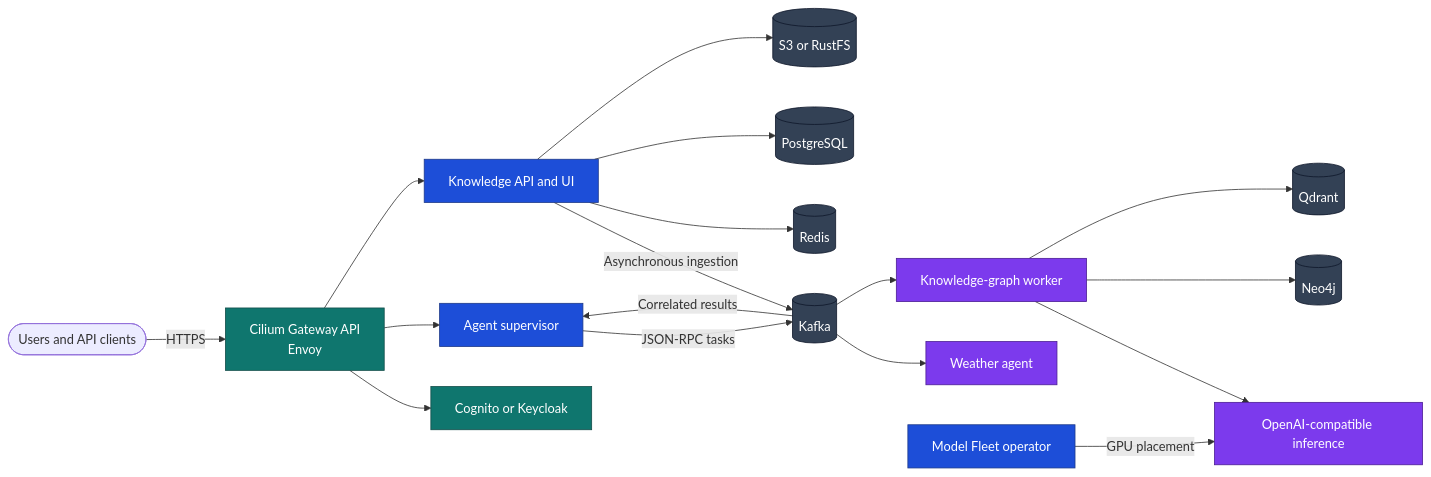
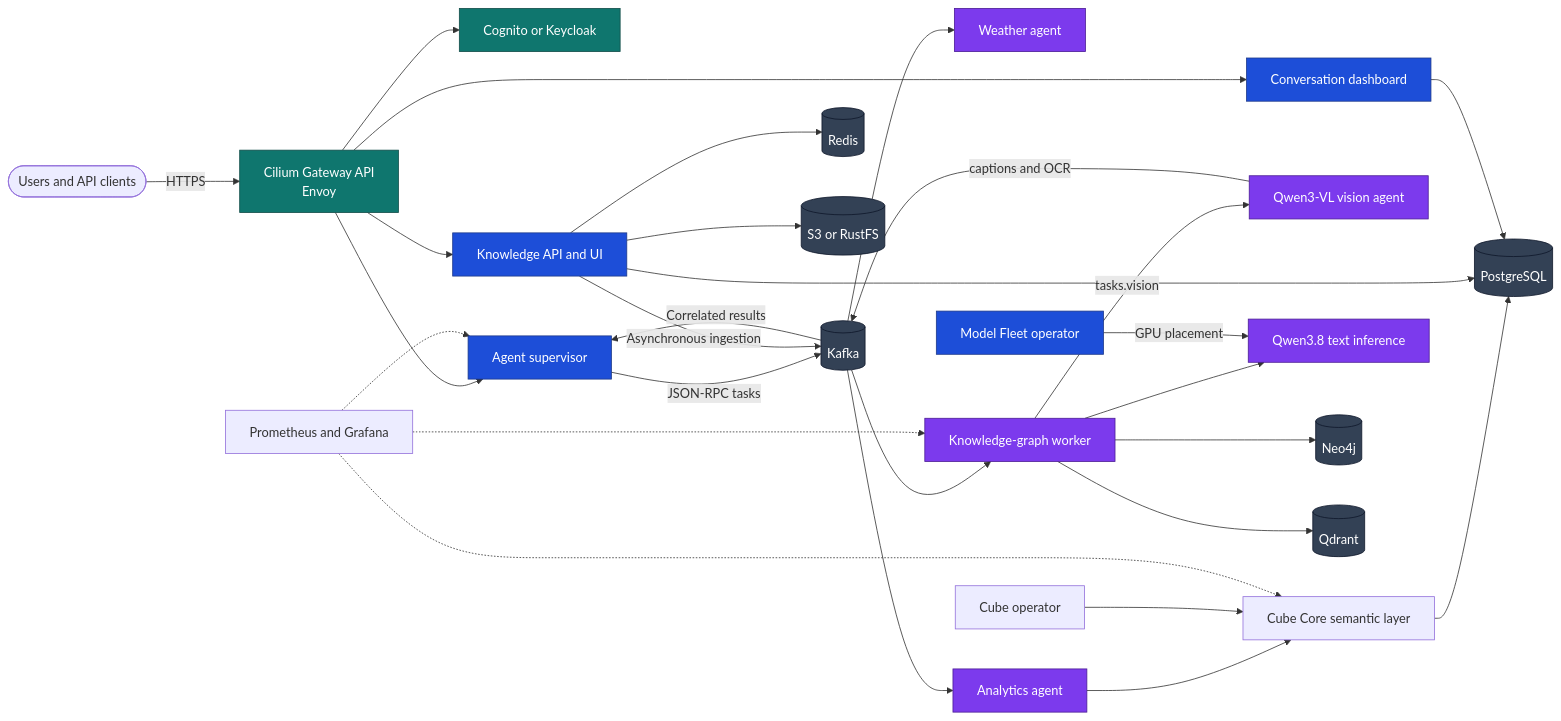
The diagram in README.md (sqe/agentic-kubernetes-platform), drawn with Mermaid before and after one commit. The commit also changed other lines of this file and 79 other files, not shown here.

Commit message:
Updated knowledge graph agent with fully standing up the system and tesing

````diff
--- a/README.md
+++ b/README.md
@@ -37,28 +38,39 @@
 ```mermaid
 flowchart LR
     User([Users and API clients]) -->|HTTPS| Gateway[Cilium Gateway API<br/>Envoy]
     Gateway --> Identity[Cognito or Keycloak]
+    Gateway --> Dashboard[Conversation dashboard]
     Gateway --> Supervisor[Agent supervisor]
     Gateway --> GraphAPI[Knowledge API and UI]
     Supervisor -->|JSON-RPC tasks| Kafka[(Kafka)]
     GraphAPI -->|Asynchronous ingestion| Kafka
     Kafka --> Weather[Weather agent]
     Kafka --> Knowledge[Knowledge-graph worker]
-    Knowledge --> LLM[OpenAI-compatible inference]
+    Knowledge -->|tasks.vision| Vision[Qwen3-VL vision agent]
+    Vision -->|captions and OCR| Kafka
+    Kafka --> Analytics[Analytics agent]
+    Analytics --> Cube[Cube Core semantic layer]
+    CubeOperator[Cube operator] --> Cube
+    Cube --> PostgreSQL
+    Knowledge --> TextLLM[Qwen3.8 text inference]
     Knowledge --> Neo4j[(Neo4j)]
     Knowledge --> Qdrant[(Qdrant)]
     GraphAPI --> Redis[(Redis)]
     GraphAPI --> PostgreSQL[(PostgreSQL)]
+    Dashboard --> PostgreSQL
     GraphAPI --> Objects[(S3 or RustFS)]
     Kafka -->|Correlated results| Supervisor
-    Fleet[Model Fleet operator] -->|GPU placement| LLM
+    Fleet[Model Fleet operator] -->|GPU placement| TextLLM
+    Metrics[Prometheus and Grafana] -.-> Supervisor
+    Metrics -.-> Knowledge
+    Metrics -.-> Cube
 
     classDef edge fill:#0f766e,color:#fff,stroke:#134e4a
     classDef control fill:#1d4ed8,color:#fff,stroke:#1e3a8a
     classDef agent fill:#7c3aed,color:#fff,stroke:#4c1d95
     classDef data fill:#334155,color:#fff,stroke:#0f172a
     class Gateway,Identity edge
-    class Supervisor,GraphAPI,Fleet control
-    class Weather,Knowledge,LLM agent
+    class Supervisor,GraphAPI,Dashboard,Fleet control
+    class Weather,Knowledge,Vision,Analytics,TextLLM agent
     class Kafka,Neo4j,Qdrant,Redis,PostgreSQL,Objects data
 ```
````
